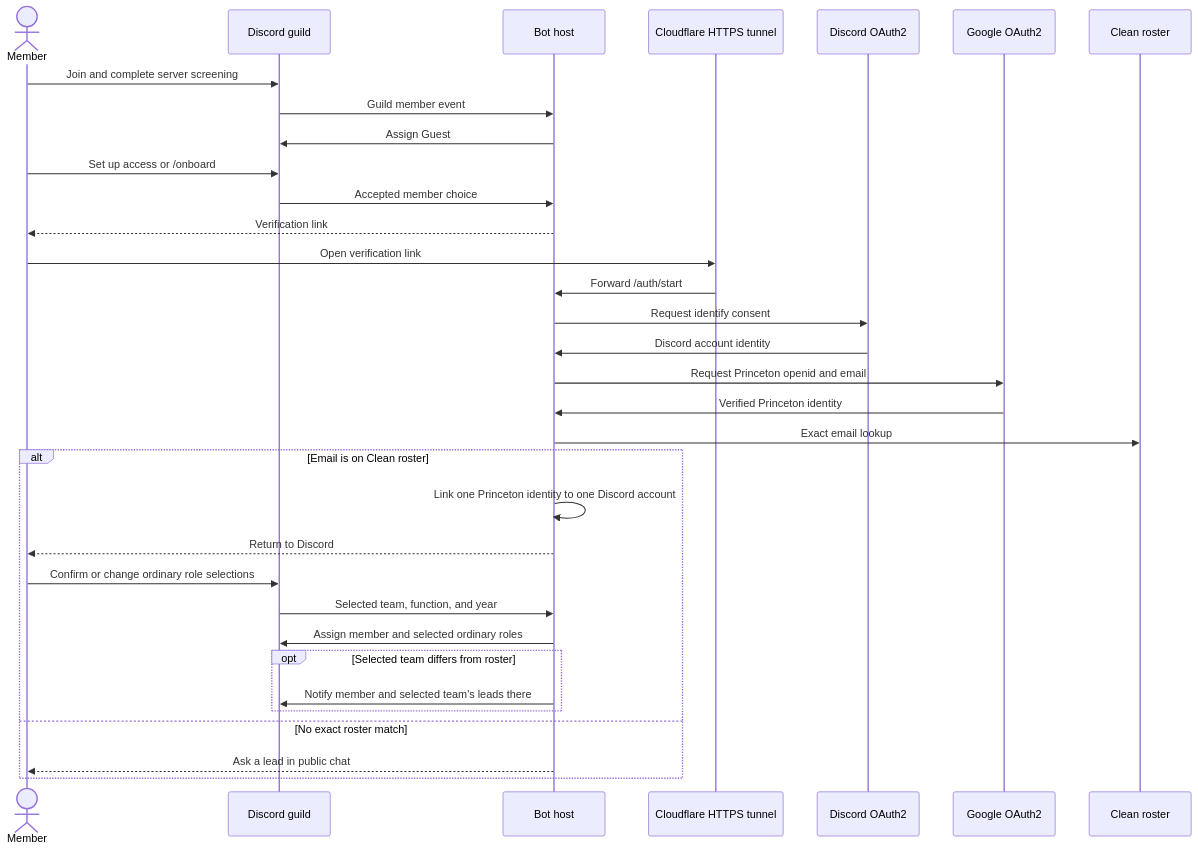
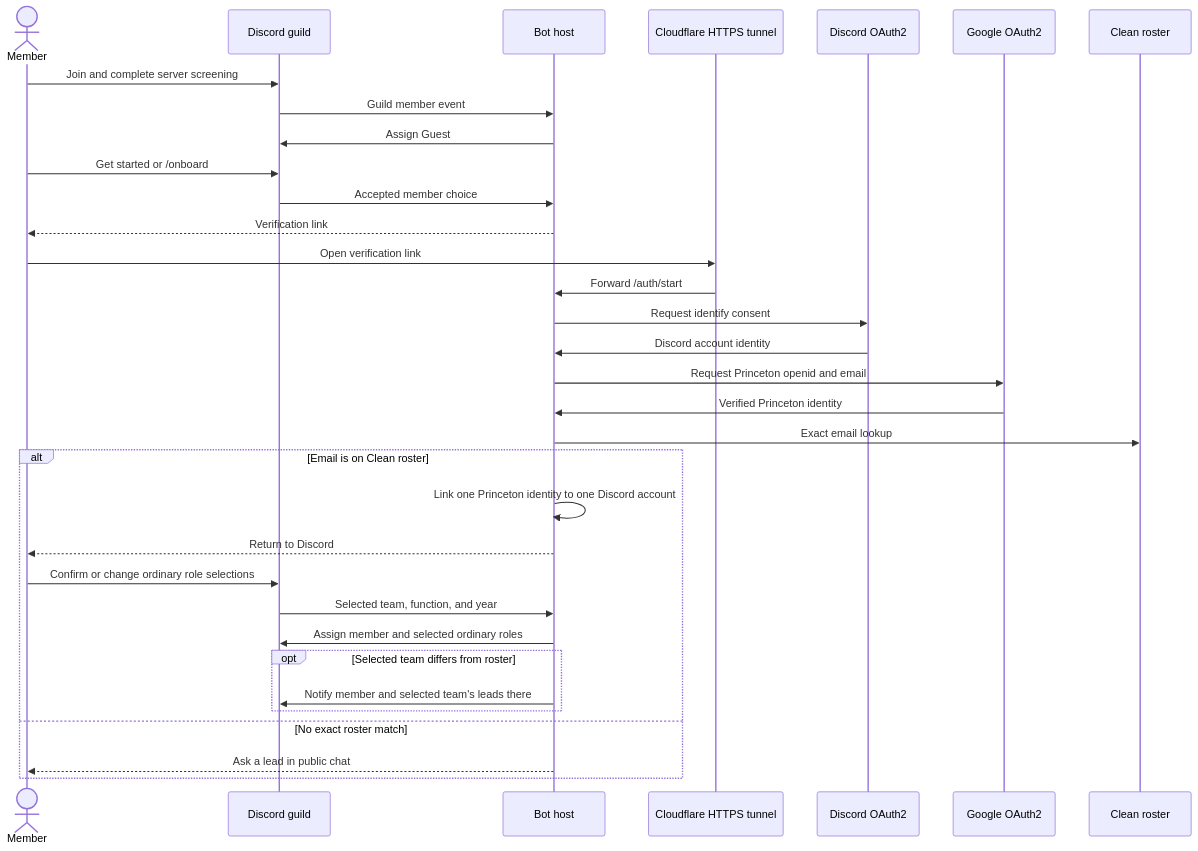
One commit to TigerAppsOrg/tigerapps-discord-bot changed the second of 3 diagrams in docs/architecture.md. Above: the diagram before and after it, drawn with Mermaid. The commit also changed 2 other files, not shown here.

Commit message:
(fix) Align onboarding instructions with the welcome panel

````diff
--- a/docs/architecture.md
+++ b/docs/architecture.md
@@ -50,35 +50,35 @@
 ```mermaid
 sequenceDiagram
   actor Member
   participant Discord as Discord guild
   participant Bot as Bot host
   participant Edge as Cloudflare HTTPS tunnel
   participant DO as Discord OAuth2
   participant GO as Google OAuth2
   participant Sheet as Clean roster
   Member->>Discord: Join and complete server screening
   Discord->>Bot: Guild member event
   Bot->>Discord: Assign Guest
-  Member->>Discord: Set up access or /onboard
+  Member->>Discord: Get started or /onboard
   Discord->>Bot: Accepted member choice
   Bot-->>Member: Verification link
   Member->>Edge: Open verification link
   Edge->>Bot: Forward /auth/start
   Bot->>DO: Request identify consent
   DO->>Bot: Discord account identity
   Bot->>GO: Request Princeton openid and email
   GO->>Bot: Verified Princeton identity
   Bot->>Sheet: Exact email lookup
   alt Email is on Clean roster
     Bot->>Bot: Link one Princeton identity to one Discord account
     Bot-->>Member: Return to Discord
     Member->>Discord: Confirm or change ordinary role selections
     Discord->>Bot: Selected team, function, and year
     Bot->>Discord: Assign member and selected ordinary roles
     opt Selected team differs from roster
       Bot->>Discord: Notify member and selected team's leads there
     end
   else No exact roster match
     Bot-->>Member: Ask a lead in public chat
   end
 ```
````
